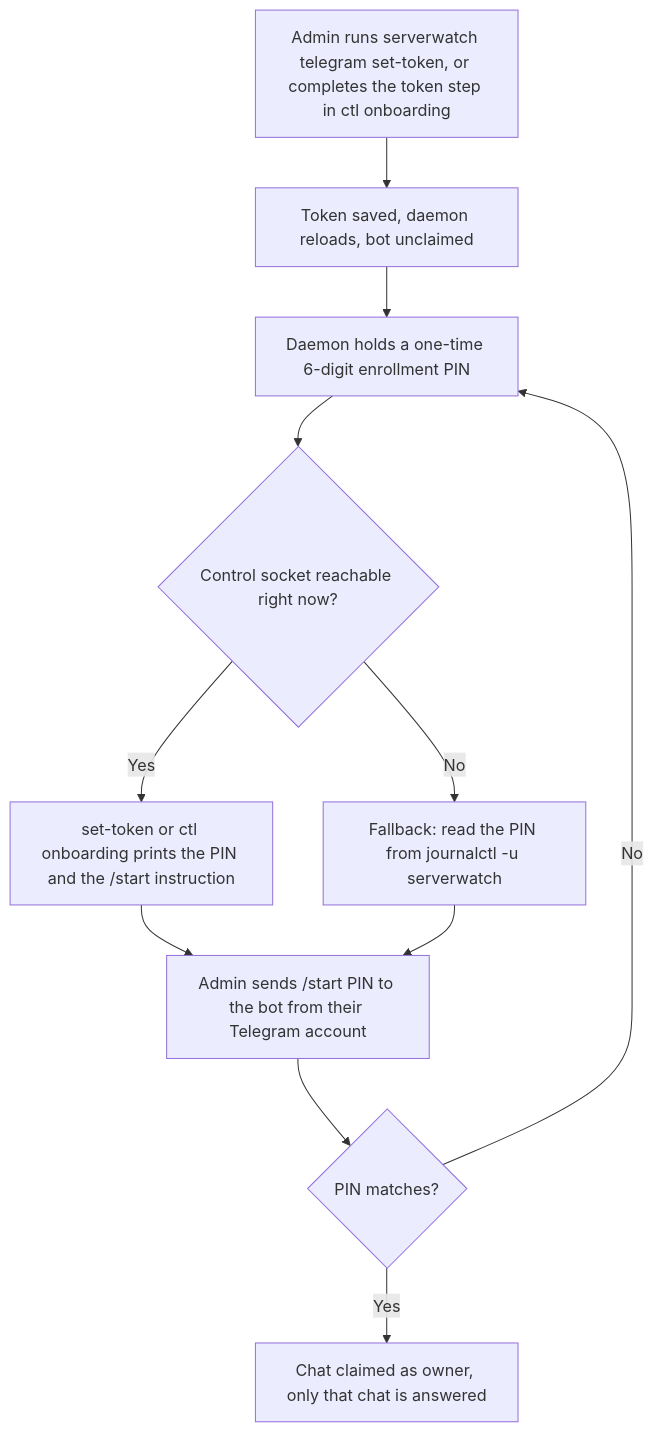
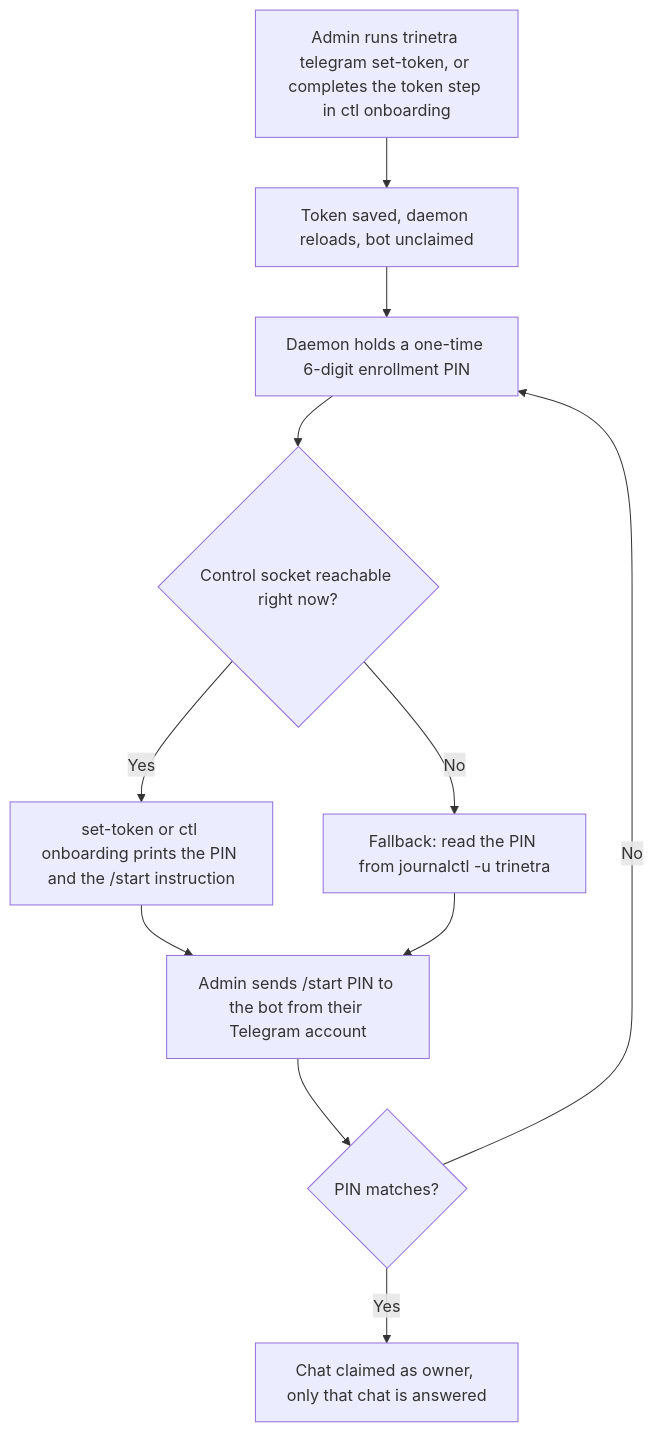
One commit to InfoDiveLabs/trinetra changed the diagram in docs/handbook/03-installation.md. Above: the diagram before and after it, drawn with Mermaid. The commit also changed other lines of this file and 20 other files, not shown here.

````diff
--- a/docs/handbook/03-installation.md
+++ b/docs/handbook/03-installation.md
@@ -327,13 +421,13 @@
 ```mermaid
 flowchart TD
-  a[Admin runs serverwatch telegram set-token, or completes the token step in ctl onboarding] --> b[Token saved, daemon reloads, bot unclaimed]
+  a[Admin runs trinetra telegram set-token, or completes the token step in ctl onboarding] --> b[Token saved, daemon reloads, bot unclaimed]
   b --> c[Daemon holds a one-time 6-digit enrollment PIN]
   c --> d{Control socket reachable right now?}
   d -->|Yes| e[set-token or ctl onboarding prints the PIN and the /start instruction]
-  d -->|No| f[Fallback: read the PIN from journalctl -u serverwatch]
+  d -->|No| f[Fallback: read the PIN from journalctl -u trinetra]
   e --> g[Admin sends /start PIN to the bot from their Telegram account]
   f --> g
   g --> h{PIN matches?}
   h -->|Yes| i[Chat claimed as owner, only that chat is answered]
   h -->|No| c
 ```
````
